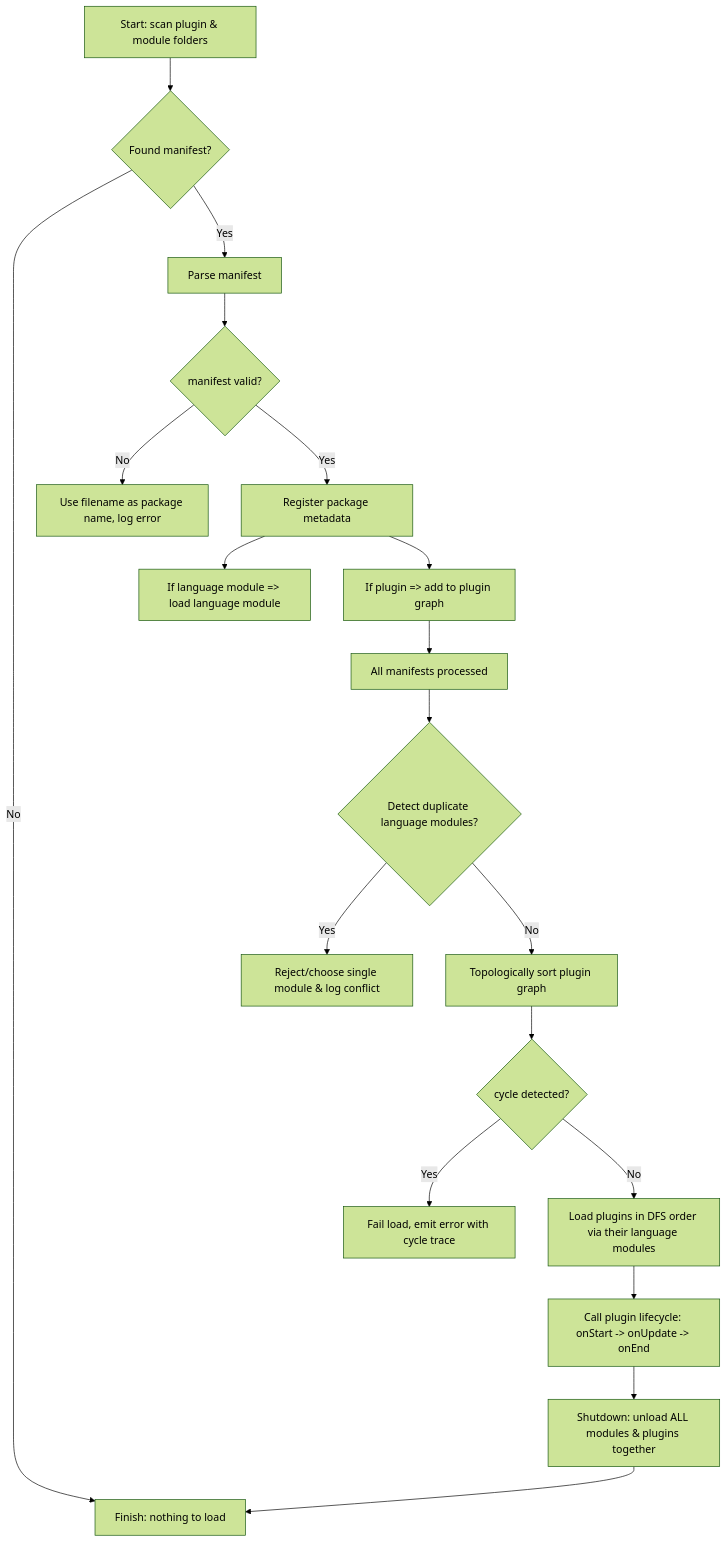
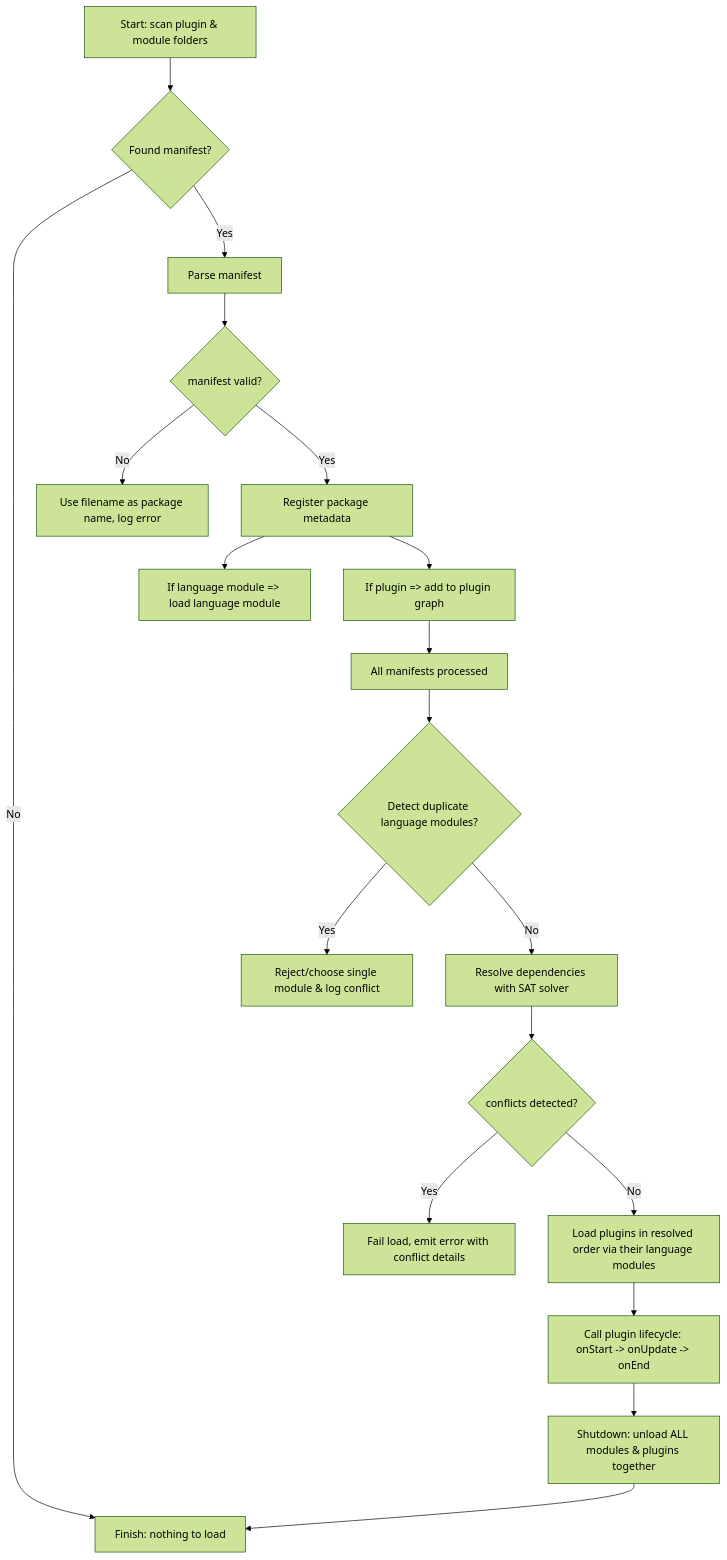
Before and after one commit to untrustedmodders/untrustedmodders.github.io: the first of 3 diagrams in content/1.introduction/4.architecture.md, drawn with Mermaid (forest theme). The commit also changed other lines of this file and 1 other file, not shown here.

````diff
--- a/content/1.introduction/4.architecture.md
+++ b/content/1.introduction/4.architecture.md
@@ -19,21 +37,21 @@
 ```mermaid
 flowchart TD
   A[Start: scan plugin & module folders] --> B{Found manifest?}
   B -- No --> Z[Finish: nothing to load]
   B -- Yes --> C[Parse manifest]
   C --> D{manifest valid?}
   D -- No --> E[Use filename as package name, log error]
   D -- Yes --> F[Register package metadata]
   F --> G[If language module => load language module]
   F --> H[If plugin => add to plugin graph]
   H --> I[All manifests processed]
   I --> J{Detect duplicate language modules?}
   J -- Yes --> K[Reject/choose single module & log conflict]
-  J -- No --> L[Topologically sort plugin graph]
-  L --> M{cycle detected?}
-  M -- Yes --> N[Fail load, emit error with cycle trace]
-  M -- No --> O[Load plugins in DFS order via their language modules]
+  J -- No --> L[Resolve dependencies with SAT solver]
+  L --> M{conflicts detected?}
+  M -- Yes --> N[Fail load, emit error with conflict details]
+  M -- No --> O[Load plugins in resolved order via their language modules]
   O --> P[Call plugin lifecycle: onStart -> onUpdate -> onEnd]
   P --> Q[Shutdown: unload ALL modules & plugins together]
   Q --> Z
 ```
````
